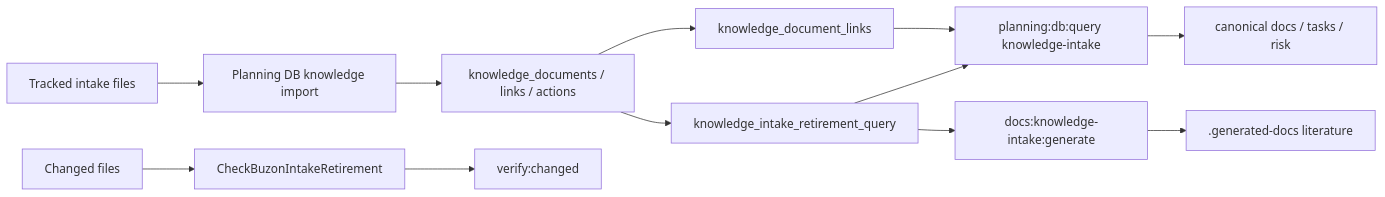
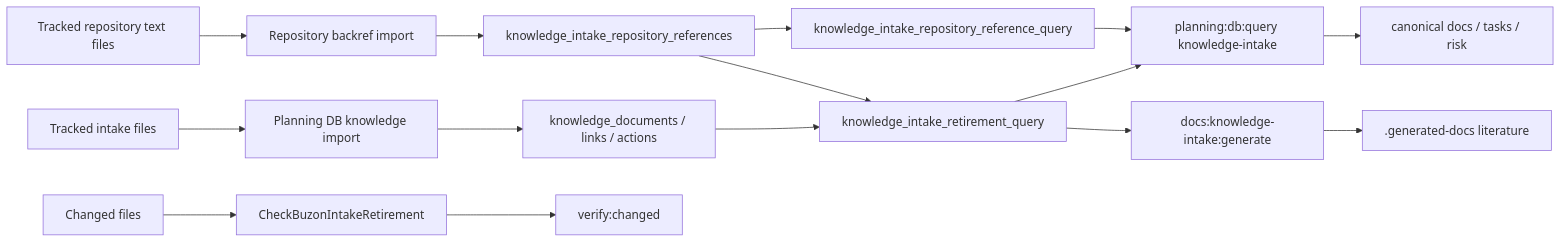
Before and after one commit to dunay2/dvt: the diagram in docs/architecture/components/ci-governance/knowledge-intake-retirement-component.md, drawn with Mermaid. The commit also changed other lines of this file and 8 other files, not shown here.

Commit message:
fix(planner): Include repository backrefs in knowledge intake retirement

````diff
--- a/docs/architecture/components/ci-governance/knowledge-intake-retirement-component.md
+++ b/docs/architecture/components/ci-governance/knowledge-intake-retirement-component.md
@@ -102,14 +106,17 @@
 ```mermaid
 flowchart LR
   Buzon["Tracked intake files"] --> Importer["Planning DB knowledge import"]
+  Repository["Tracked repository text files"] --> BackrefImport["Repository backref import"]
   Importer --> Knowledge["knowledge_documents / links / actions"]
+  BackrefImport --> Backrefs["knowledge_intake_repository_references"]
   Knowledge --> Retirement["knowledge_intake_retirement_query"]
-  Knowledge --> References["knowledge_document_links"]
+  Backrefs --> Retirement
+  Backrefs --> References["knowledge_intake_repository_reference_query"]
   Retirement --> Agents["planning:db:query knowledge-intake"]
   References --> Agents
   Retirement --> Literature["docs:knowledge-intake:generate"]
   ChangedFiles["Changed files"] --> Guard["CheckBuzonIntakeRetirement"]
   Guard --> VerifyChanged["verify:changed"]
   Agents --> CanonicalDocs["canonical docs / tasks / risk"]
   Literature --> LocalRender[".generated-docs literature"]
 ```
````
